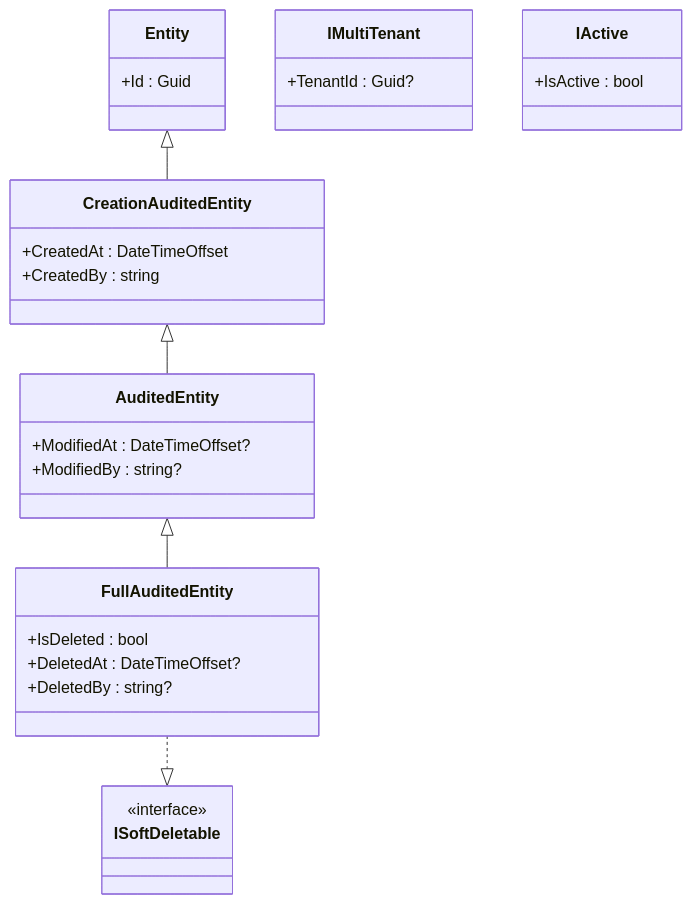
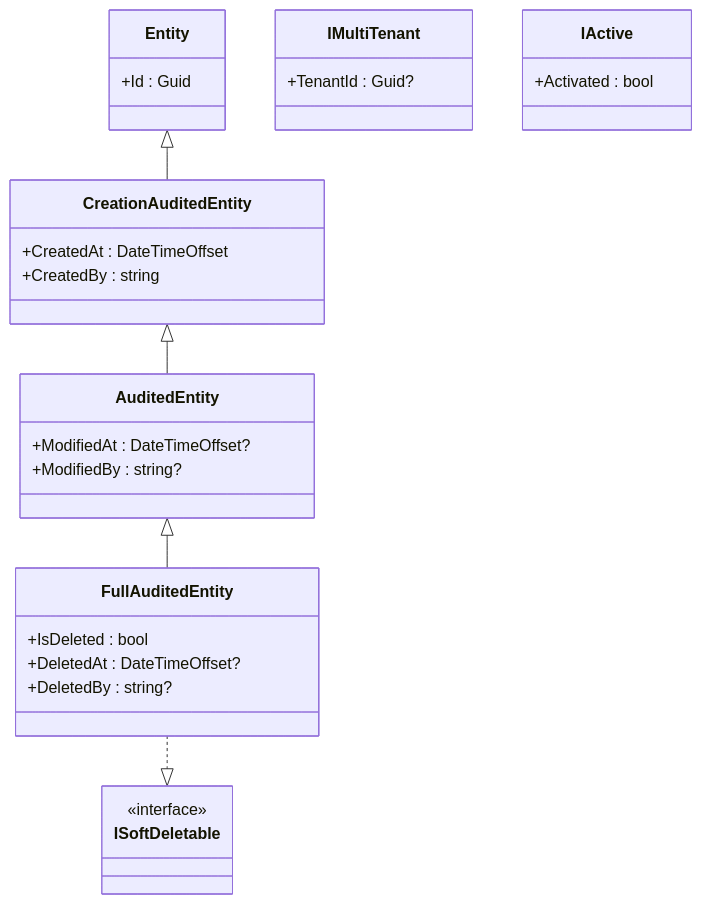
Before and after one commit to granit-fx/granit-dotnet: the diagram in docs-site/src/content/docs/dotnet/architecture/patterns/composite.md, drawn with Mermaid. The commit also changed other lines of this file and 33 other files, not shown here.

````diff
--- a/docs-site/src/content/docs/dotnet/architecture/patterns/composite.md
+++ b/docs-site/src/content/docs/dotnet/architecture/patterns/composite.md
@@ -18,39 +18,39 @@
 ```mermaid
 classDiagram
     class Entity {
         +Id : Guid
     }
 
     class CreationAuditedEntity {
         +CreatedAt : DateTimeOffset
         +CreatedBy : string
     }
 
     class AuditedEntity {
         +ModifiedAt : DateTimeOffset?
         +ModifiedBy : string?
     }
 
     class FullAuditedEntity {
         +IsDeleted : bool
         +DeletedAt : DateTimeOffset?
         +DeletedBy : string?
     }
 
     class ISoftDeletable {
         <<interface>>
     }
 
     class IMultiTenant {
         +TenantId : Guid?
     }
 
     class IActive {
-        +IsActive : bool
+        +Activated : bool
     }
 
     Entity <|-- CreationAuditedEntity
     CreationAuditedEntity <|-- AuditedEntity
     AuditedEntity <|-- FullAuditedEntity
     FullAuditedEntity ..|> ISoftDeletable
 ```
````
